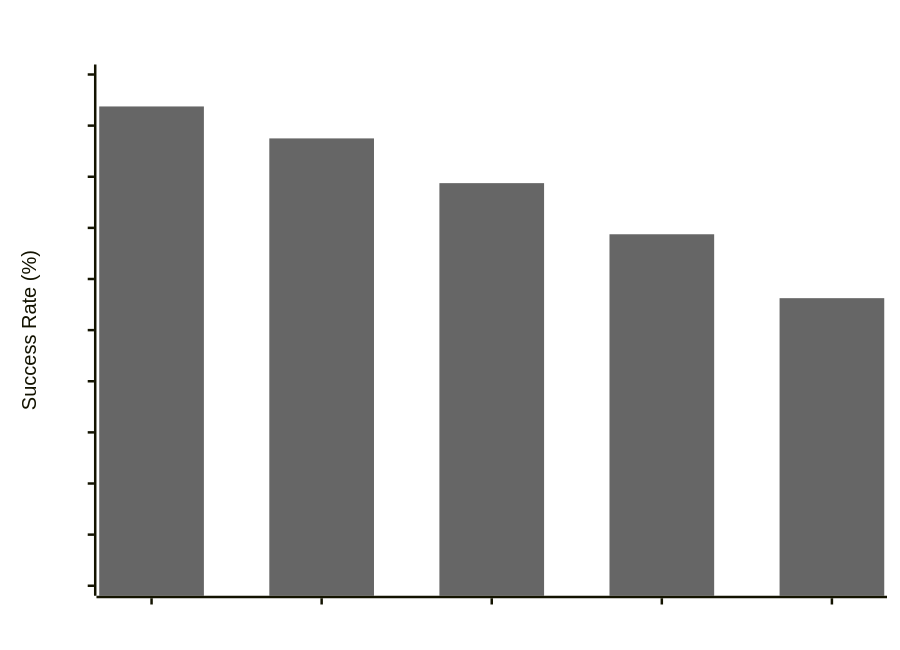
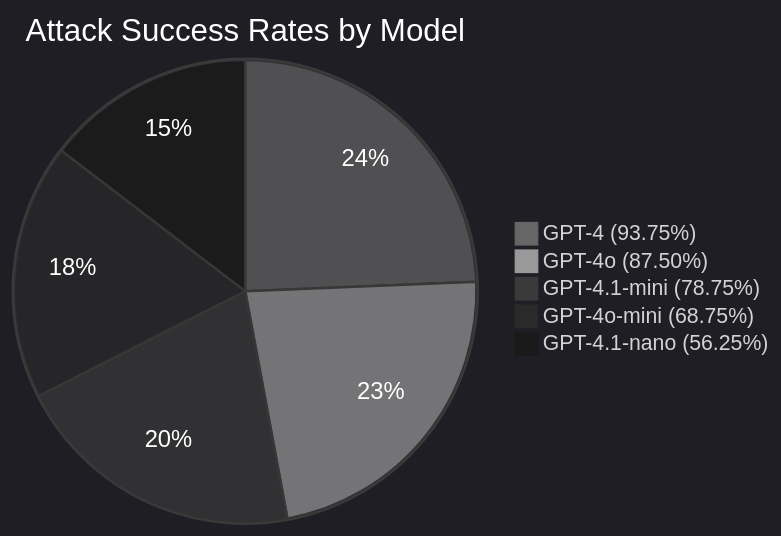
The sixth of 6 diagrams in README.md (mbhatt1/agentic_lpci_framework), drawn with Mermaid before and after one commit. The commit also changed 2 other files, not shown here.

Commit message:
Add gpt results

````diff
--- a/README.md
+++ b/README.md
@@ -349,19 +349,37 @@
 ```mermaid
 %%{init: {
-  'theme': 'base',
+  'theme': 'dark',
   'themeVariables': {
-    'xyChart': {
-      'backgroundColor': 'transparent',
-      'titleColor': '#ffffff',
-      'xAxisLabelColor': '#ffffff',
-      'yAxisLabelColor': '#ffffff',
-      'plotColorPalette': '#666666,#999999,#3a3a3a,#2a2a2a,#1a1a1a'
-    }
+    'darkMode': true,
+    'primaryColor': '#1a1a1a',
+    'primaryTextColor': '#ffffff',
+    'primaryBorderColor': '#3a3a3a',
+    'lineColor': '#999999',
+    'secondaryColor': '#2a2a2a',
+    'tertiaryColor': '#333333',
+    'background': '#000000',
+    'mainBkg': '#1a1a1a',
+    'secondBkg': '#2a2a2a',
+    'tertiaryBkg': '#333333',
+    'pie1': '#666666',
+    'pie2': '#999999',
+    'pie3': '#3a3a3a',
+    'pie4': '#2a2a2a',
+    'pie5': '#1a1a1a',
+    'pieOuterStrokeWidth': '2px',
+    'pieOuterStrokeColor': '#3a3a3a',
+    'pieTitleTextSize': '25px',
+    'pieSectionTextSize': '19px',
+    'pieTitleTextColor': '#ffffff',
+    'pieSectionTextColor': '#ffffff',
+    'pieStrokeColor': '#3a3a3a',
+    'pieStrokeWidth': '2px'
   }
 }}%%
-xychart-beta
-    title "Attack Success Rates by Model"
-    x-axis [GPT-4, GPT-4o, GPT-4.1-mini, GPT-4o-mini, GPT-4.1-nano]
-    y-axis "Success Rate (%)" 0 --> 100
-    bar [93.75, 87.50, 78.75, 68.75, 56.25]
+pie title Attack Success Rates by Model
+    "GPT-4 (93.75%)" : 93.75
+    "GPT-4o (87.50%)" : 87.50
+    "GPT-4.1-mini (78.75%)" : 78.75
+    "GPT-4o-mini (68.75%)" : 68.75
+    "GPT-4.1-nano (56.25%)" : 56.25
 ```
````
